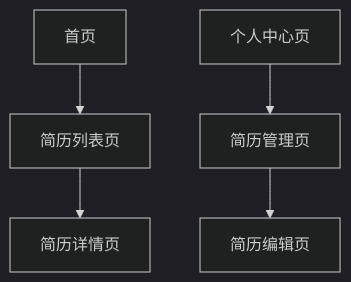
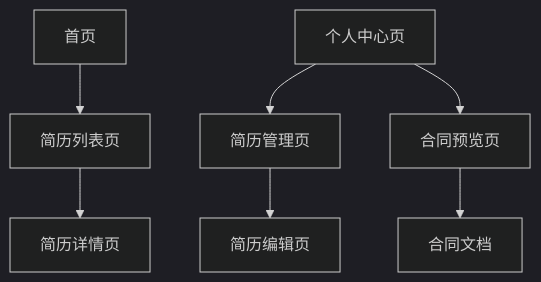
One commit to sunxuebo91/- changed the second of 2 diagrams in .qoder/repowiki/zh/content/前端页面/前端页面.md. Above: the diagram before and after it, drawn with Mermaid (dark theme). The commit also changed other lines of this file and 24 other files, not shown here.

````diff
--- a/.qoder/repowiki/zh/content/前端页面/前端页面.md
+++ b/.qoder/repowiki/zh/content/前端页面/前端页面.md
@@ -159,7 +213,9 @@
 ```mermaid
 graph TD
 首页 --> 简历列表页
 简历列表页 --> 简历详情页
 个人中心页 --> 简历管理页
+个人中心页 --> 合同预览页
 简历管理页 --> 简历编辑页
+合同预览页 --> 合同文档
 ```
````
